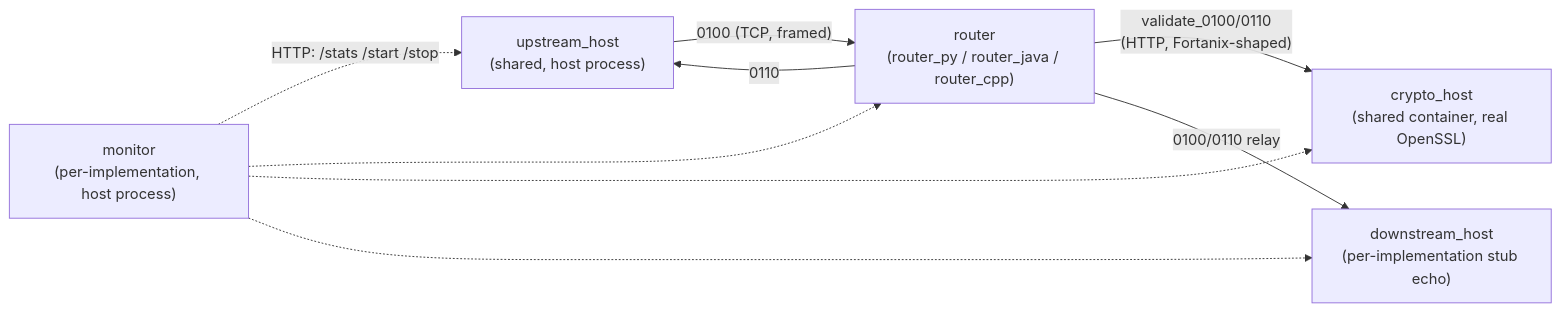
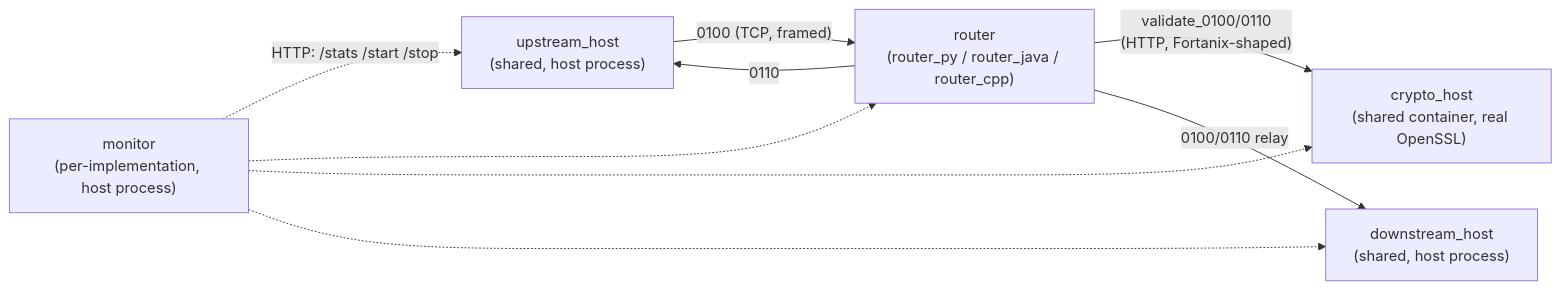
The diagram in claude_exp/routers/divide_and_conquer_v2.md (pernielsen1/containers), drawn with Mermaid before and after one commit. The commit also changed other lines of this file and 172 other files, not shown here.

````diff
--- a/claude_exp/routers/divide_and_conquer_v2.md
+++ b/claude_exp/routers/divide_and_conquer_v2.md
@@ -197,11 +248,11 @@
 ```mermaid
 flowchart LR
     U["upstream_host<br/>(shared, host process)"] -->|"0100 (TCP, framed)"| R["router<br/>(router_py / router_java / router_cpp)"]
     R -->|"0110"| U
     R -->|"validate_0100/0110<br/>(HTTP, Fortanix-shaped)"| C["crypto_host<br/>(shared container, real OpenSSL)"]
-    R -->|"0100/0110 relay"| D["downstream_host<br/>(per-implementation stub echo)"]
+    R -->|"0100/0110 relay"| D["downstream_host<br/>(shared, host process)"]
     M["monitor<br/>(per-implementation, host process)"] -.->|"HTTP: /stats /start /stop"| U
     M -.-> R
     M -.-> C
     M -.-> D
 ```
````
